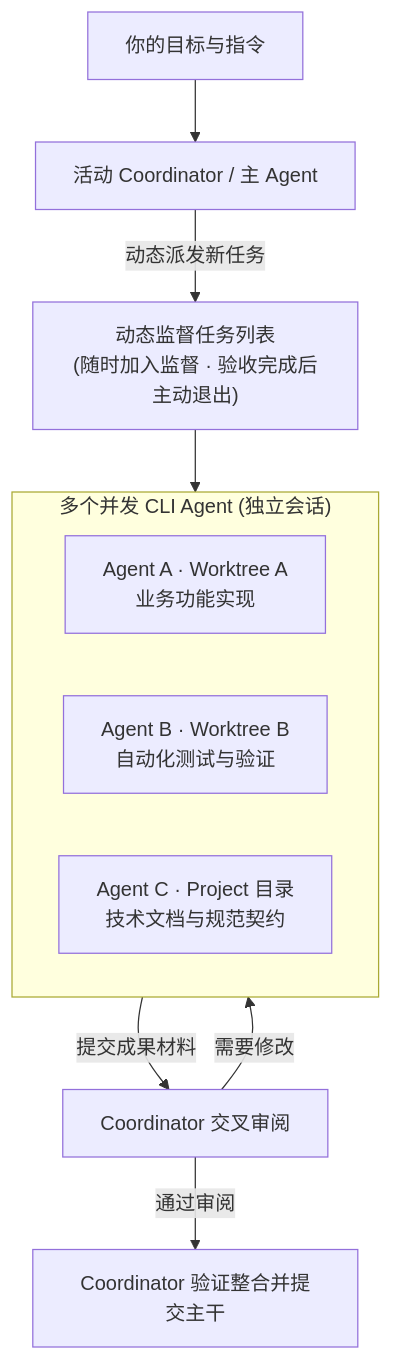
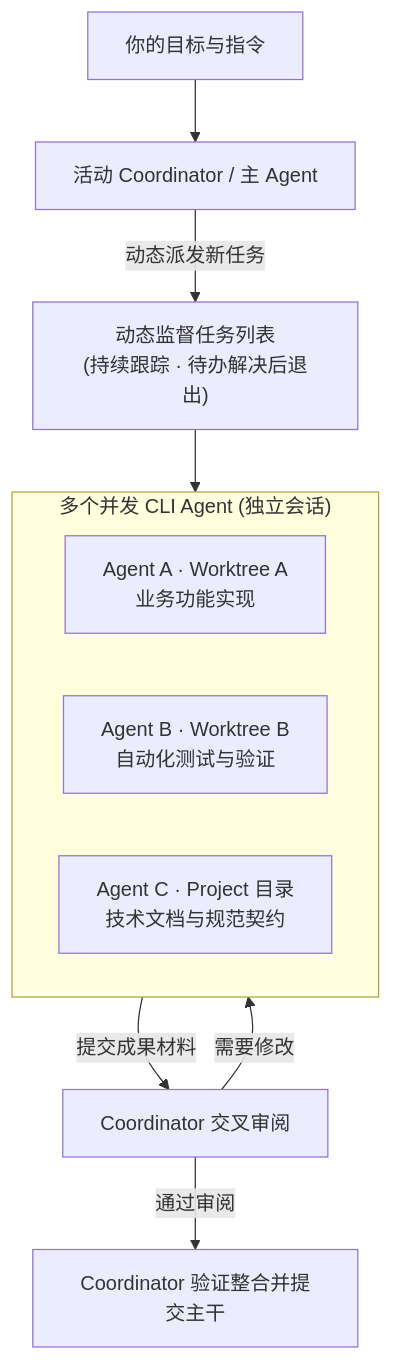
Before and after one commit to OthinusG/warpai: the diagram in README.zh-CN.md, drawn with Mermaid. The commit also changed other lines of this file and 4 other files, not shown here.

````diff
--- a/README.zh-CN.md
+++ b/README.zh-CN.md
@@ -62,15 +62,15 @@
 ```mermaid
 flowchart TB
     Goal["你的目标与指令"] --> Coordinator["活动 Coordinator / 主 Agent"]
-    Coordinator -->|动态派发新任务| TaskPool["动态监督任务列表<br/>(随时加入监督 · 验收完成后主动退出)"]
+    Coordinator -->|动态派发新任务| TaskPool["动态监督任务列表<br/>(持续跟踪 · 待办解决后退出)"]
     TaskPool --> Team
     subgraph Team["多个并发 CLI Agent (独立会话)"]
         direction LR
         AgentA["Agent A · Worktree A<br/>业务功能实现"]
         AgentB["Agent B · Worktree B<br/>自动化测试与验证"]
         AgentC["Agent C · Project 目录<br/>技术文档与规范契约"]
     end
     Team -->|提交成果材料| Review["Coordinator 交叉审阅"]
     Review -->|需要修改| Team
     Review -->|通过审阅| Delivery["Coordinator 验证整合并提交主干"]
 ```
````
